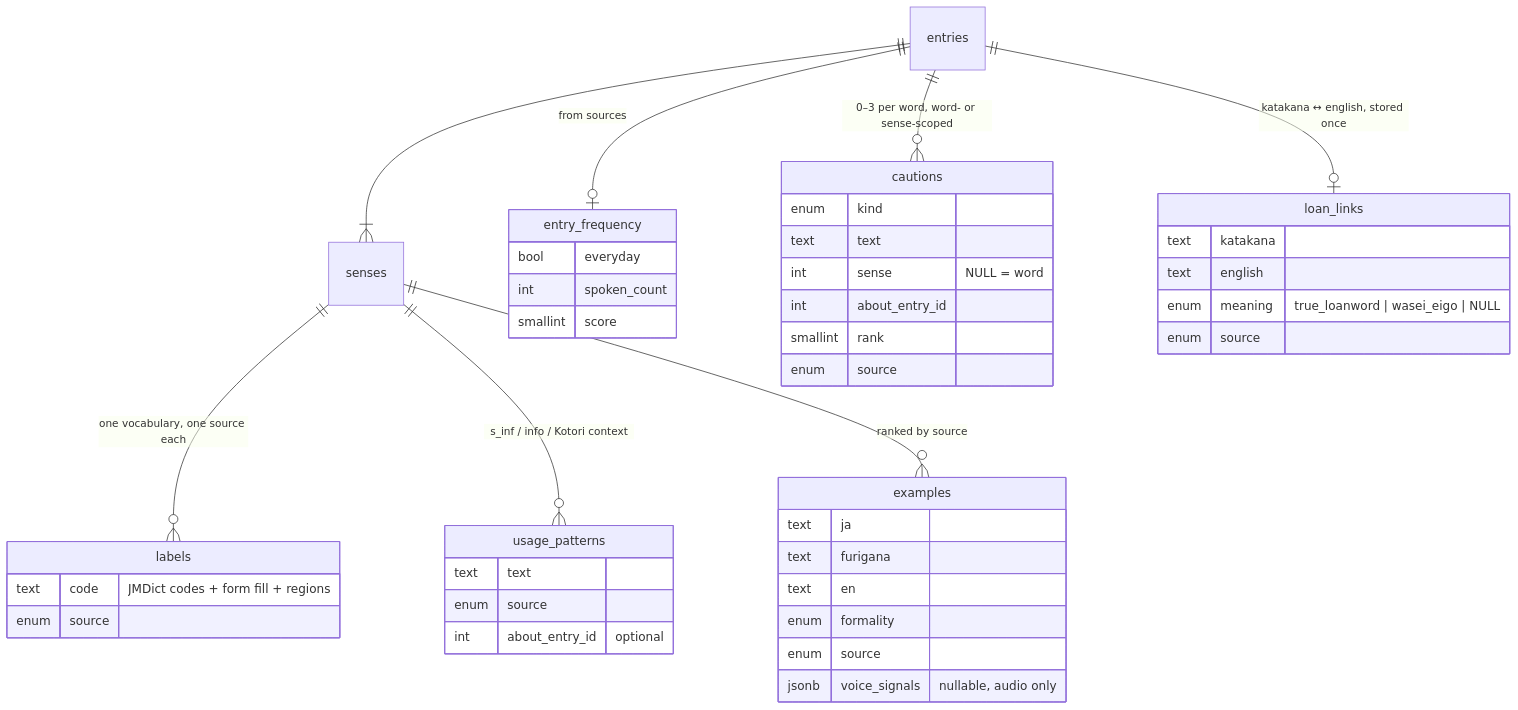
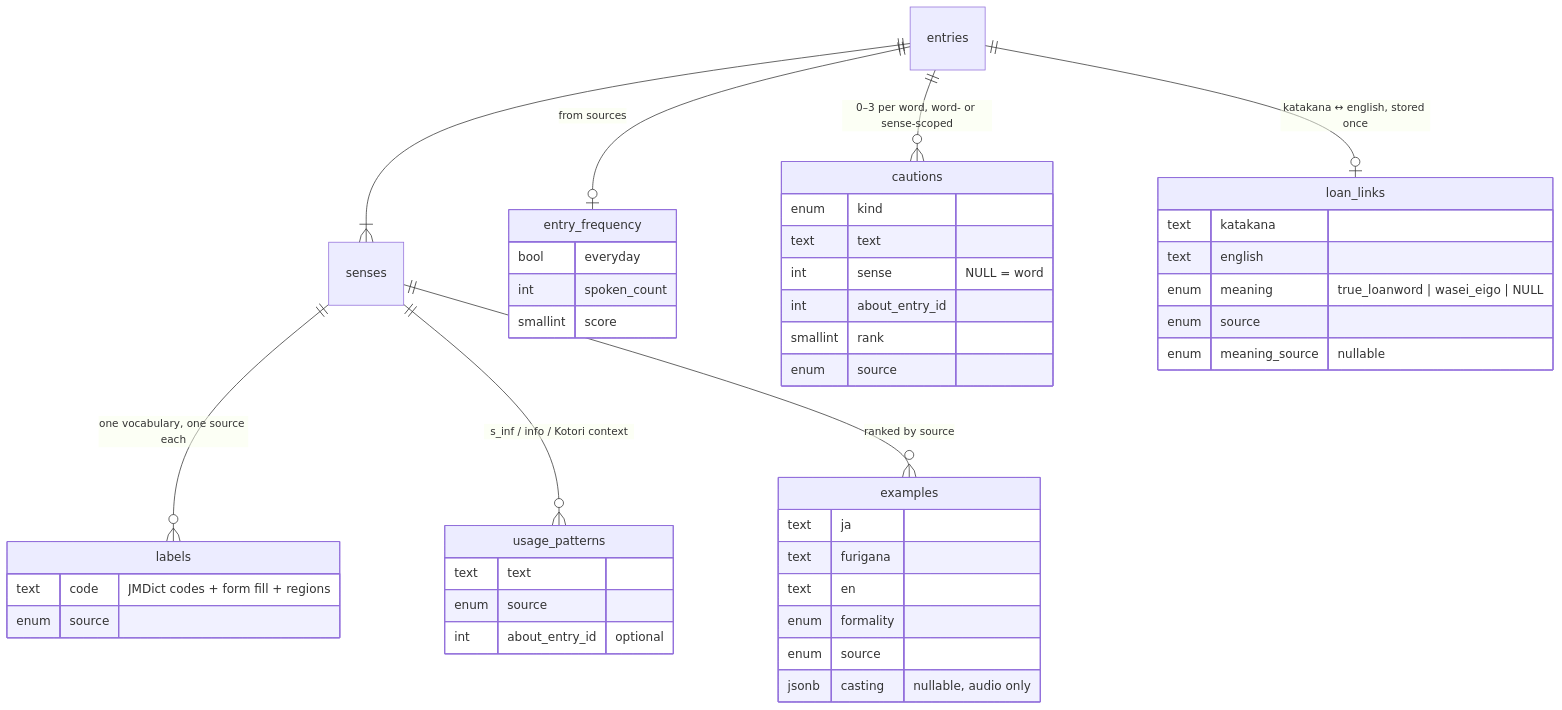
One commit to 0Calories/kotori changed the first of 2 diagrams in docs/specs/dictionary-enrichment-model.md. Above: the diagram before and after it, drawn with Mermaid. The commit also changed other lines of this file and 158 other files, not shown here.

````diff
--- a/docs/specs/dictionary-enrichment-model.md
+++ b/docs/specs/dictionary-enrichment-model.md
@@ -48,17 +48,17 @@
 ```mermaid
 erDiagram
     entries ||--|{ senses : ""
     entries ||--o| entry_frequency : "from sources"
     senses  ||--o{ labels : "one vocabulary, one source each"
     senses  ||--o{ usage_patterns : "s_inf / info / Kotori context"
     senses  ||--o{ examples : "ranked by source"
     entries ||--o{ cautions : "0–3 per word, word- or sense-scoped"
     entries ||--o| loan_links : "katakana ↔ english, stored once"
 
     labels { text code "JMDict codes + form fill + regions"  enum source }
     usage_patterns { text text  enum source  int about_entry_id "optional" }
-    examples { text ja  text furigana  text en  enum formality  enum source  jsonb voice_signals "nullable, audio only" }
+    examples { text ja  text furigana  text en  enum formality  enum source  jsonb casting "nullable, audio only" }
     cautions { enum kind  text text  int sense "NULL = word"  int about_entry_id  smallint rank  enum source }
     entry_frequency { bool everyday  int spoken_count  smallint score }
-    loan_links { text katakana  text english  enum meaning "true_loanword | wasei_eigo | NULL"  enum source }
+    loan_links { text katakana  text english  enum meaning "true_loanword | wasei_eigo | NULL"  enum source  enum meaning_source "nullable" }
 ```
````
